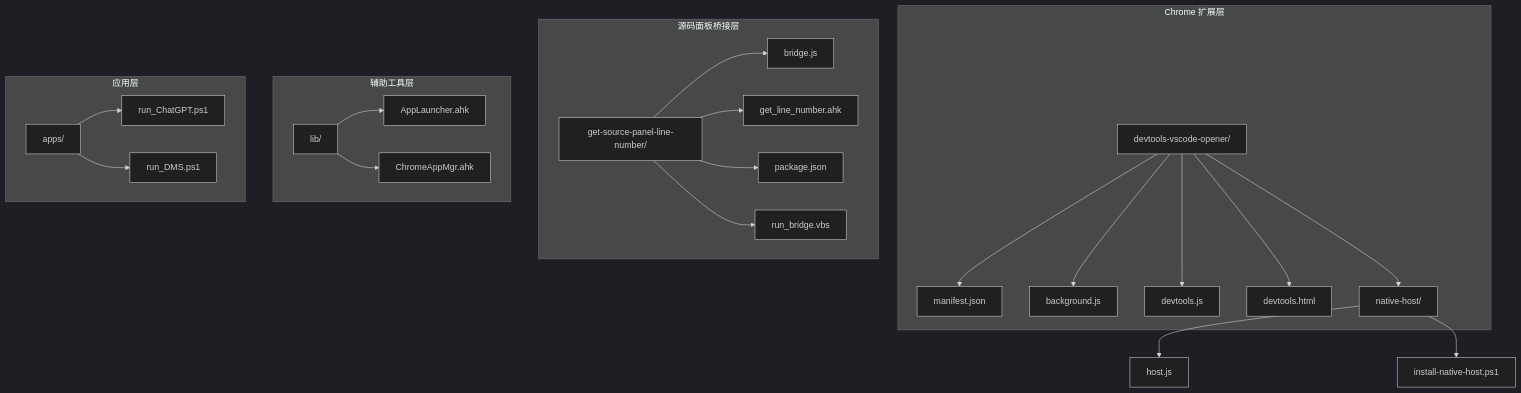
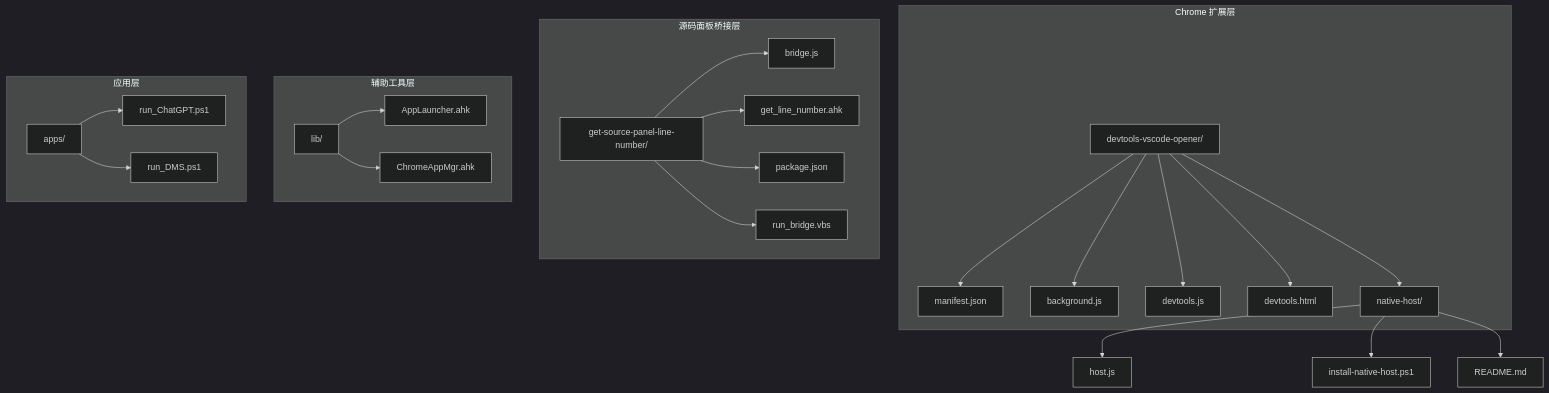
Before and after one commit to wangys-123doit/hotkey: the first of 14 diagrams in .qoder/repowiki/zh/content/外部工具集成/DevTools VS Code 开发者工具集成系统.md, drawn with Mermaid (dark theme). The commit also changed other lines of this file and 5 other files, not shown here.

````diff
--- a/.qoder/repowiki/zh/content/外部工具集成/DevTools VS Code 开发者工具集成系统.md
+++ b/.qoder/repowiki/zh/content/外部工具集成/DevTools VS Code 开发者工具集成系统.md
@@ -59,26 +63,27 @@
 ```mermaid
 graph TB
 subgraph "Chrome 扩展层"
 A[devtools-vscode-opener/] --> A1[manifest.json]
 A --> A2[background.js]
 A --> A3[devtools.js]
 A --> A4[devtools.html]
 A --> A5[native-host/]
 end
 subgraph "源码面板桥接层"
 B[get-source-panel-line-number/] --> B1[bridge.js]
 B --> B2[get_line_number.ahk]
 B --> B3[package.json]
 B --> B4[run_bridge.vbs]
 end
 subgraph "辅助工具层"
 C[lib/] --> C1[AppLauncher.ahk]
 C --> C2[ChromeAppMgr.ahk]
 end
 subgraph "应用层"
 D[apps/] --> D1[run_ChatGPT.ps1]
 D --> D2[run_DMS.ps1]
 end
 A5 --> A6[host.js]
 A5 --> A7[install-native-host.ps1]
+A5 --> A8[README.md]
 ```
````
